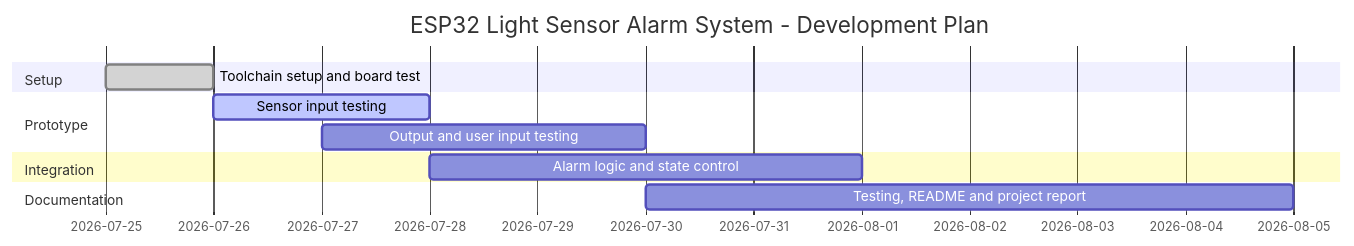
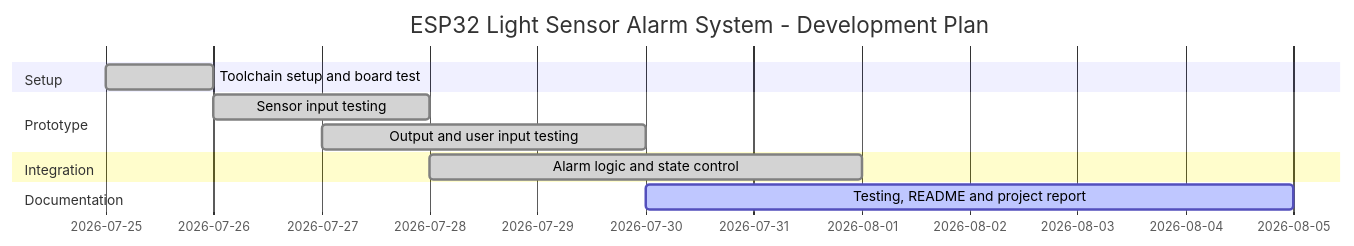
The second of 2 diagrams in README.md (Zeyu-Ethan/esp32-light-sensor-alarm), drawn with Mermaid before and after one commit. The commit also changed other lines of this file, not shown here.

Commit message:
Update README with prototype status and testing summary

````diff
--- a/README.md
+++ b/README.md
@@ -73,18 +98,18 @@
 ```mermaid
 gantt
     title ESP32 Light Sensor Alarm System - Development Plan
     dateFormat  YYYY-MM-DD
 
     section Setup
     Toolchain setup and board test       :done, 2026-07-25, 1d
 
     section Prototype
-    Sensor input testing                 :active, 2026-07-26, 2d
-    Output and user input testing        :2026-07-27, 3d
+    Sensor input testing                 :done, 2026-07-26, 2d
+    Output and user input testing        :done, 2026-07-27, 3d
 
     section Integration
-    Alarm logic and state control        :2026-07-28, 4d
+    Alarm logic and state control        :done, 2026-07-28, 4d
 
     section Documentation
-    Testing, README and project report   :2026-07-30, 6d
+    Testing, README and project report   :active, 2026-07-30, 6d
 ```
````
